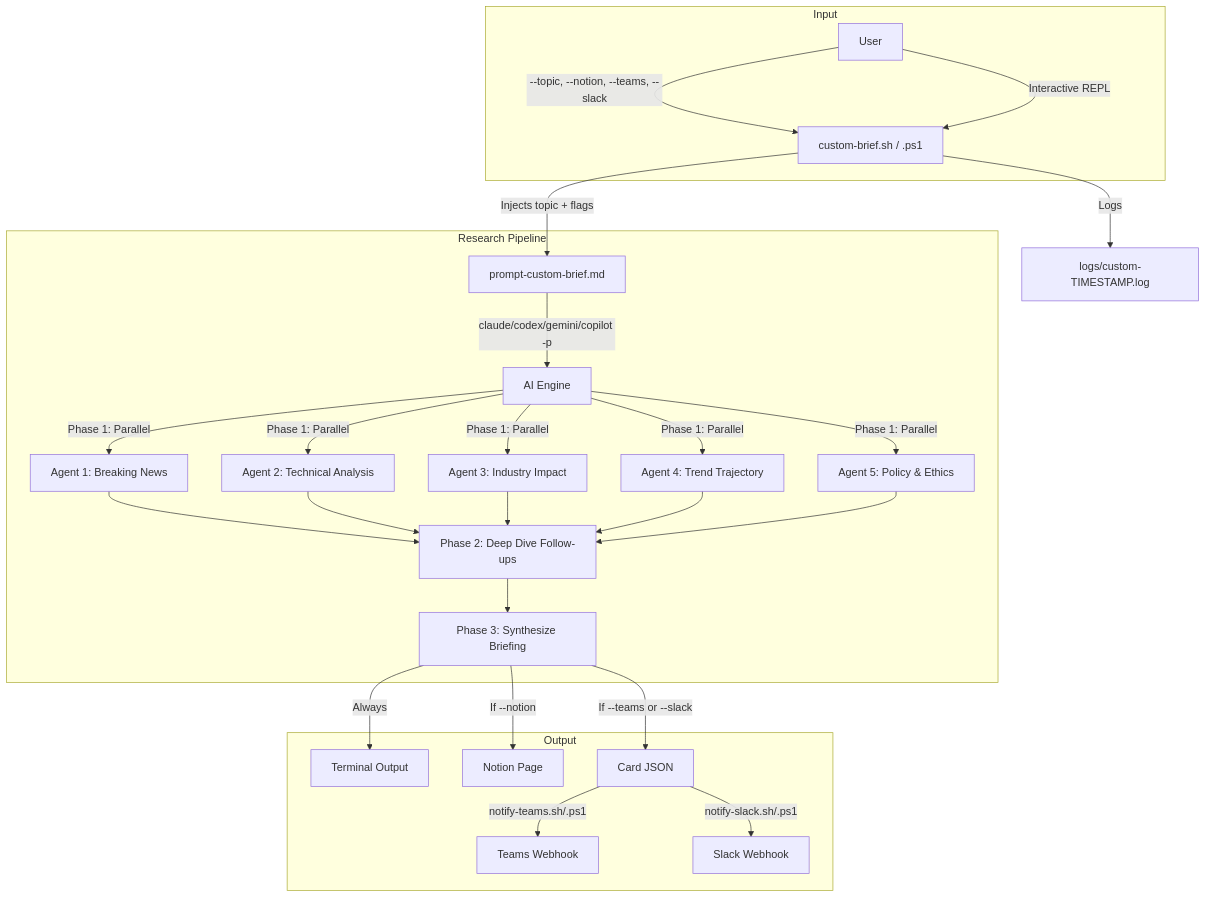
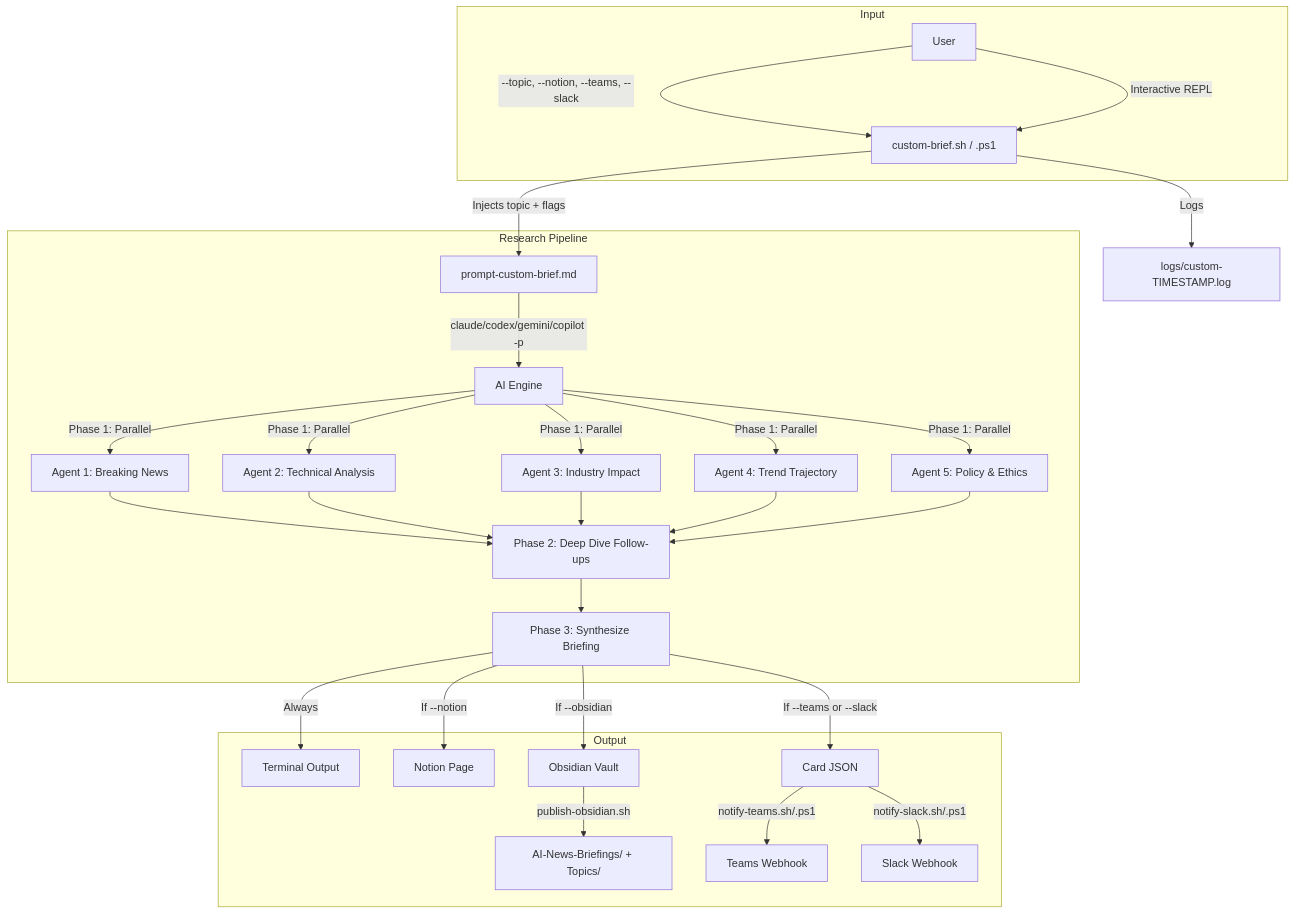
The first of 2 diagrams in CUSTOM_BRIEF.md (hoangsonww/ai-news-briefing), drawn with Mermaid before and after one commit. The commit also changed other lines of this file and 22 other files, not shown here.

Commit message:
feat: integrate Obsidian publishing for briefings with topic stubs

````diff
--- a/CUSTOM_BRIEF.md
+++ b/CUSTOM_BRIEF.md
@@ -13,36 +13,38 @@
 ```mermaid
 flowchart TD
     subgraph "Input"
         U[User] -->|"--topic, --notion, --teams, --slack"| CLI["custom-brief.sh / .ps1"]
         U -->|Interactive REPL| CLI
     end
 
     subgraph "Research Pipeline"
         CLI -->|Injects topic + flags| P[prompt-custom-brief.md]
         P -->|"claude/codex/gemini/copilot -p"| C[AI Engine]
 
         C -->|Phase 1: Parallel| A1[Agent 1: Breaking News]
         C -->|Phase 1: Parallel| A2[Agent 2: Technical Analysis]
         C -->|Phase 1: Parallel| A3[Agent 3: Industry Impact]
         C -->|Phase 1: Parallel| A4[Agent 4: Trend Trajectory]
         C -->|Phase 1: Parallel| A5[Agent 5: Policy & Ethics]
 
         A1 --> M[Phase 2: Deep Dive Follow-ups]
         A2 --> M
         A3 --> M
         A4 --> M
         A5 --> M
 
         M --> S[Phase 3: Synthesize Briefing]
     end
 
     subgraph "Output"
         S -->|Always| STDOUT[Terminal Output]
         S -->|If --notion| N[Notion Page]
+        S -->|If --obsidian| OB[Obsidian Vault]
+        OB -->|publish-obsidian.sh| OBV["AI-News-Briefings/ + Topics/"]
         S -->|If --teams or --slack| CARD[Card JSON]
         CARD -->|notify-teams.sh/.ps1| TW[Teams Webhook]
         CARD -->|notify-slack.sh/.ps1| SW[Slack Webhook]
     end
 
     CLI -->|Logs| LOG[logs/custom-TIMESTAMP.log]
 ```
````
